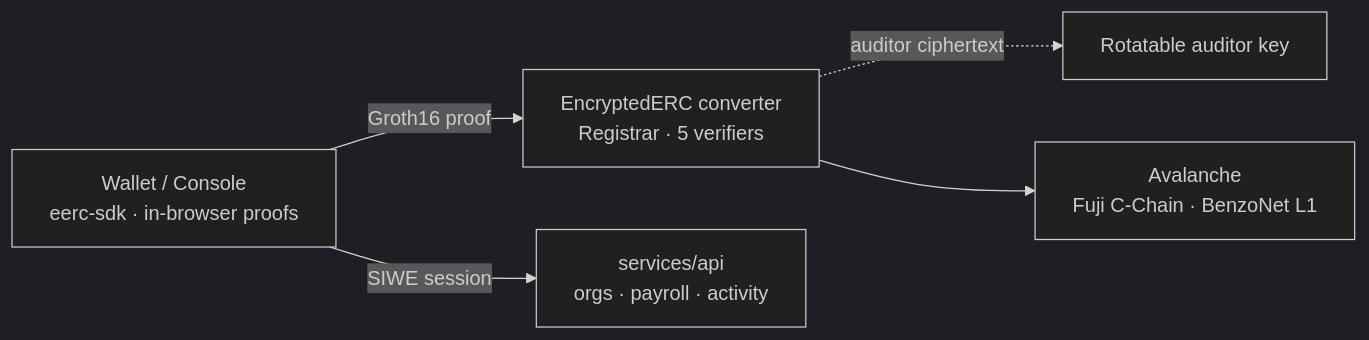
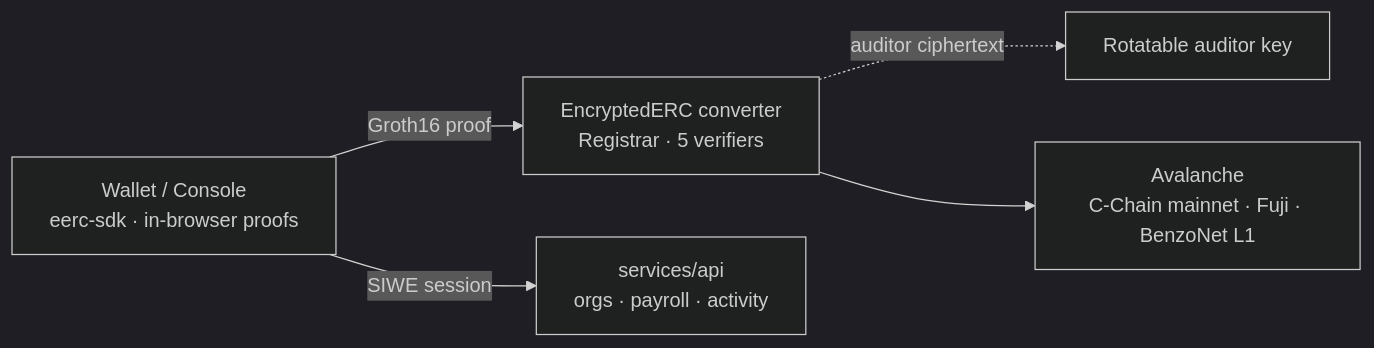
One commit to Miny-Labs/benzo changed the first of 7 diagrams in README.md. Above: the diagram before and after it, drawn with Mermaid (dark theme). The commit also changed other lines of this file and 6 other files, not shown here.

First line of the commit message:
docs: reflect live Avalanche C-Chain mainnet deployment (#151)

````diff
--- a/README.md
+++ b/README.md
@@ -48,7 +48,7 @@
 ```mermaid
 flowchart LR
   A["Wallet / Console<br/>eerc-sdk · in-browser proofs"] -->|Groth16 proof| B["EncryptedERC converter<br/>Registrar · 5 verifiers"]
   A -->|SIWE session| C["services/api<br/>orgs · payroll · activity"]
   B -. auditor ciphertext .-> D["Rotatable auditor key"]
-  B --> E["Avalanche<br/>Fuji C-Chain · BenzoNet L1"]
+  B --> E["Avalanche<br/>C-Chain mainnet · Fuji · BenzoNet L1"]
 ```
````
